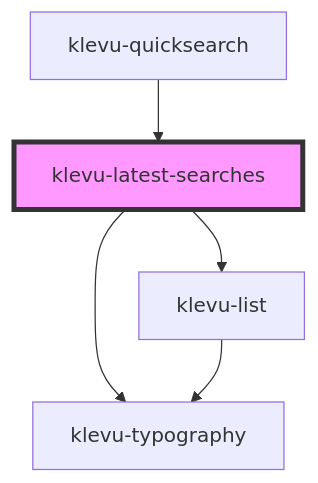
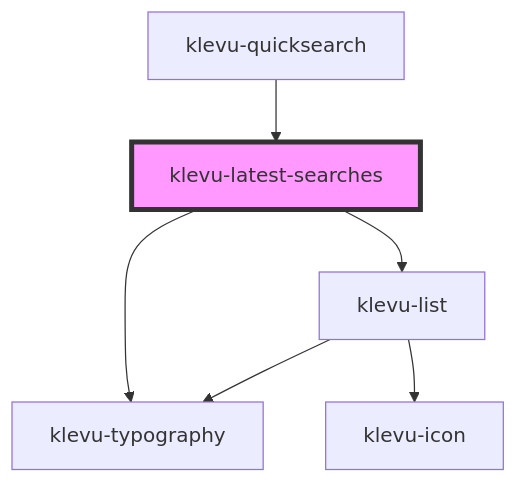
The diagram in packages/klevu-ui/src/components/klevu-latest-searches/readme.md (klevultd/frontend-sdk), drawn with Mermaid before and after one commit. The commit also changed 80 other files, not shown here.

Commit message:
Create a klevu-icon component

````diff
--- a/packages/klevu-ui/src/components/klevu-latest-searches/readme.md
+++ b/packages/klevu-ui/src/components/klevu-latest-searches/readme.md
@@ -36,8 +36,9 @@
 ```mermaid
 graph TD;
   klevu-latest-searches --> klevu-typography
   klevu-latest-searches --> klevu-list
+  klevu-list --> klevu-icon
   klevu-list --> klevu-typography
   klevu-quicksearch --> klevu-latest-searches
   style klevu-latest-searches fill:#f9f,stroke:#333,stroke-width:4px
 ```
````
